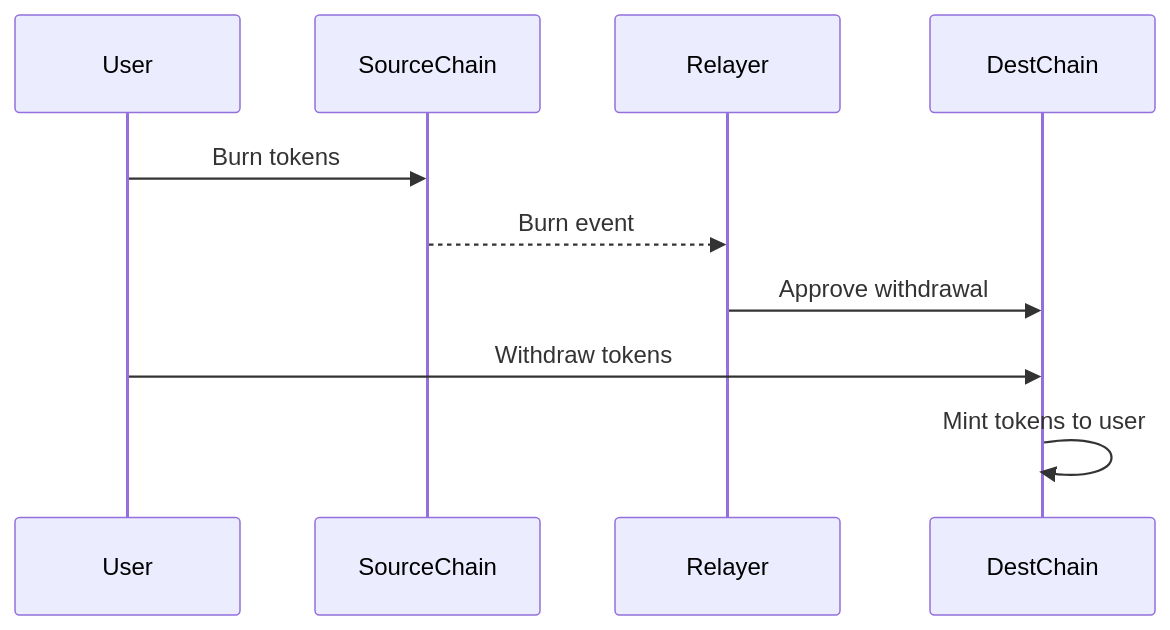
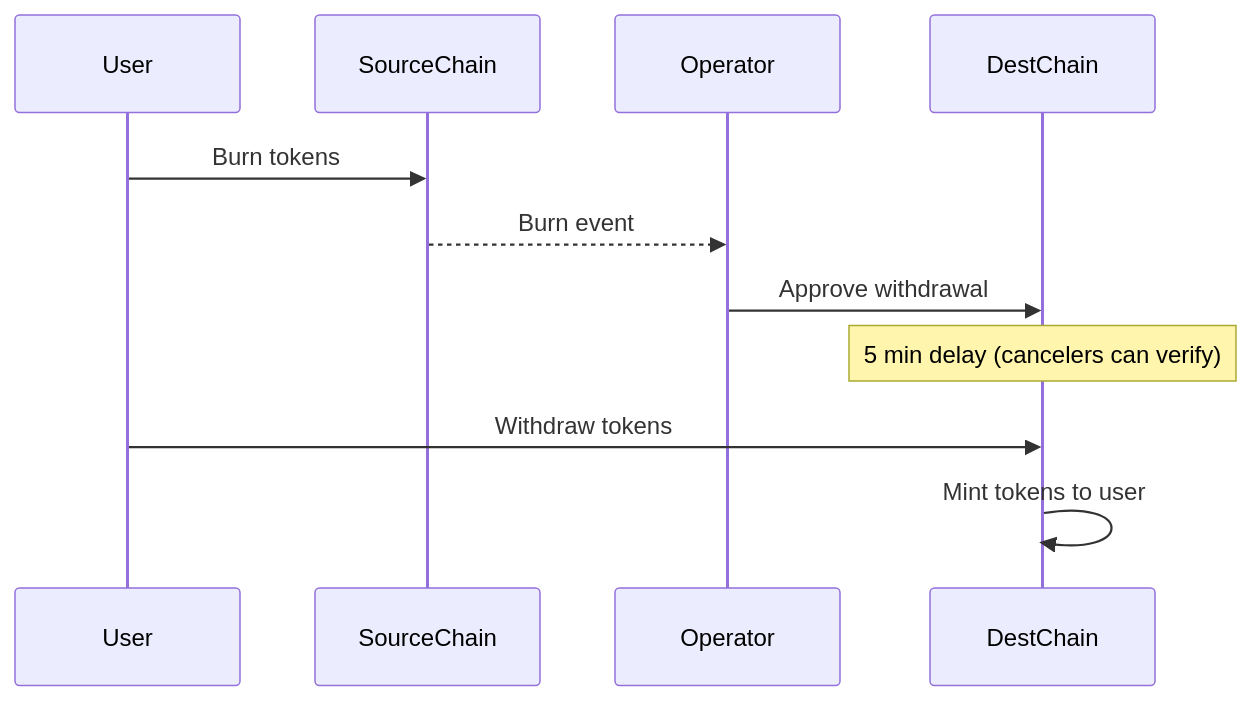
The third of 4 diagrams in docs/architecture.md (PlasticDigits/cl8y-bridge-monorepo), drawn with Mermaid before and after one commit. The commit also changed other lines of this file and 130 other files, not shown here.

````diff
--- a/docs/architecture.md
+++ b/docs/architecture.md
@@ -104,13 +118,14 @@
 ```mermaid
 sequenceDiagram
     participant User
     participant SourceChain
-    participant Relayer
+    participant Operator
     participant DestChain
 
     User->>SourceChain: Burn tokens
-    SourceChain-->>Relayer: Burn event
-    Relayer->>DestChain: Approve withdrawal
+    SourceChain-->>Operator: Burn event
+    Operator->>DestChain: Approve withdrawal
+    Note over DestChain: 5 min delay (cancelers can verify)
     User->>DestChain: Withdraw tokens
     DestChain->>DestChain: Mint tokens to user
 ```
````
